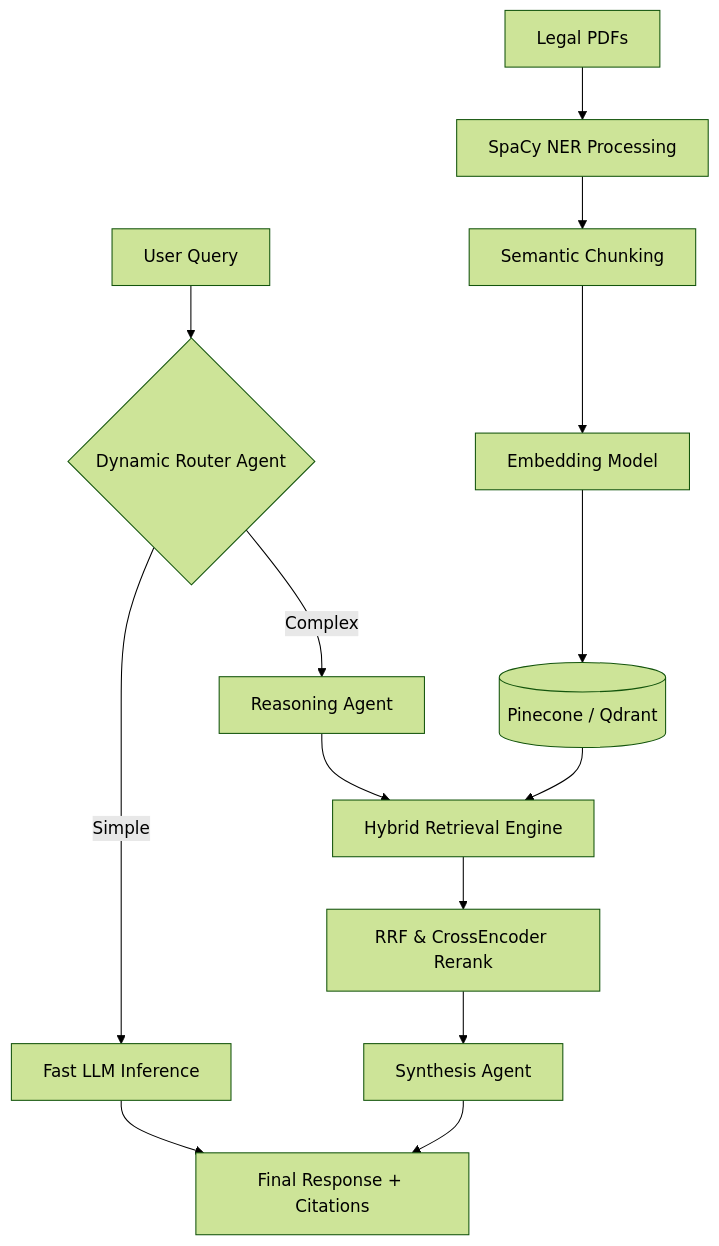
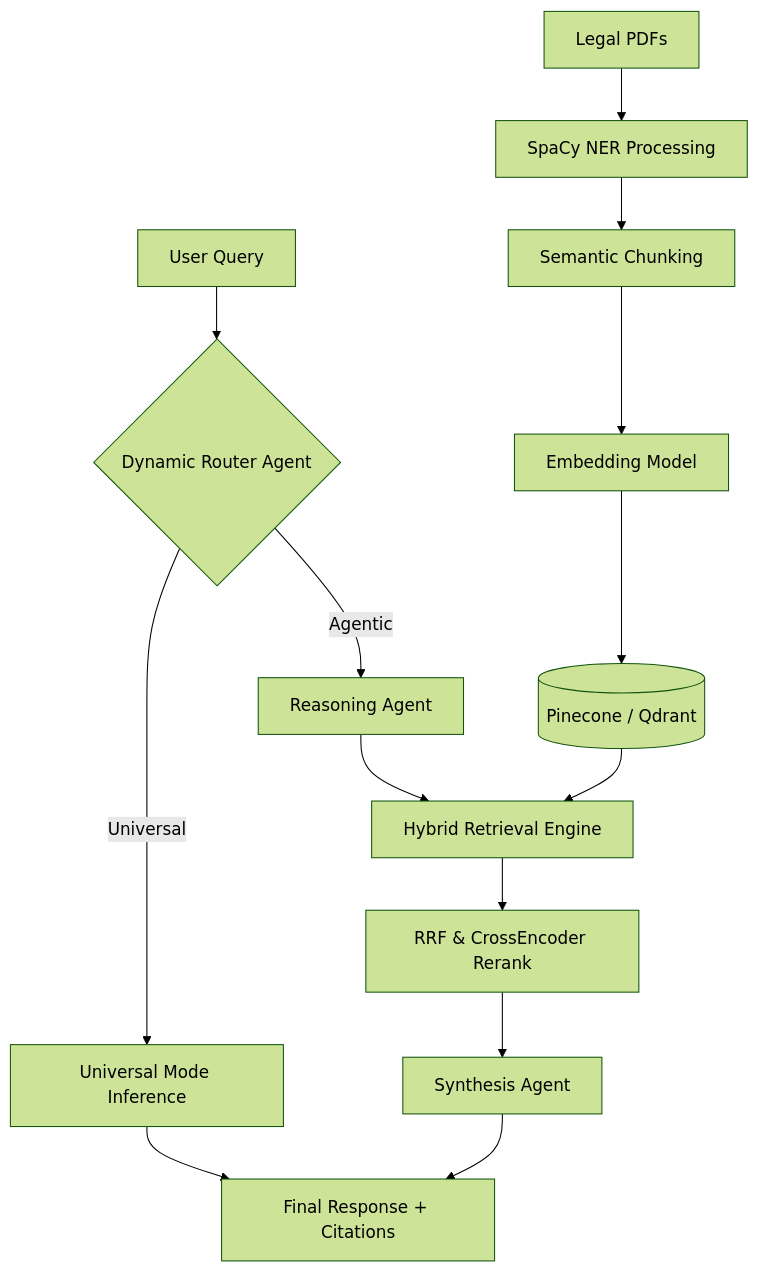
Before and after one commit to Arjun-333/LexVed: the first of 3 diagrams in DPR.md, drawn with Mermaid (forest theme). The commit also changed other lines of this file, not shown here.

Commit message:
docs: finalize DPR with Universal/Agentic orchestration strategy

````diff
--- a/DPR.md
+++ b/DPR.md
@@ -18,19 +18,19 @@
 ```mermaid
 graph TD
     A[Legal PDFs] --> B[SpaCy NER Processing]
     B --> C[Semantic Chunking]
     C --> D[Embedding Model]
     D --> E[(Pinecone / Qdrant)]
     
     F[User Query] --> G{Dynamic Router Agent}
-    G -->|Simple| H[Fast LLM Inference]
-    G -->|Complex| I[Reasoning Agent]
+    G -->|Universal| H[Universal Mode Inference]
+    G -->|Agentic| I[Reasoning Agent]
     
     I --> J[Hybrid Retrieval Engine]
     E --> J
     J --> K[RRF & CrossEncoder Rerank]
     K --> L[Synthesis Agent]
     
     H --> M[Final Response + Citations]
     L --> M
 ```
````
